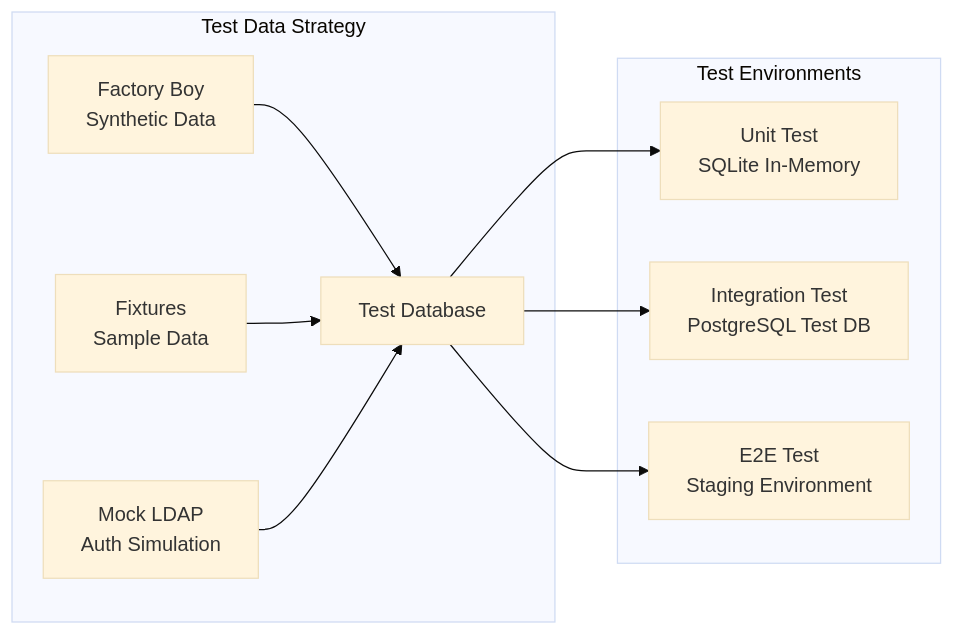
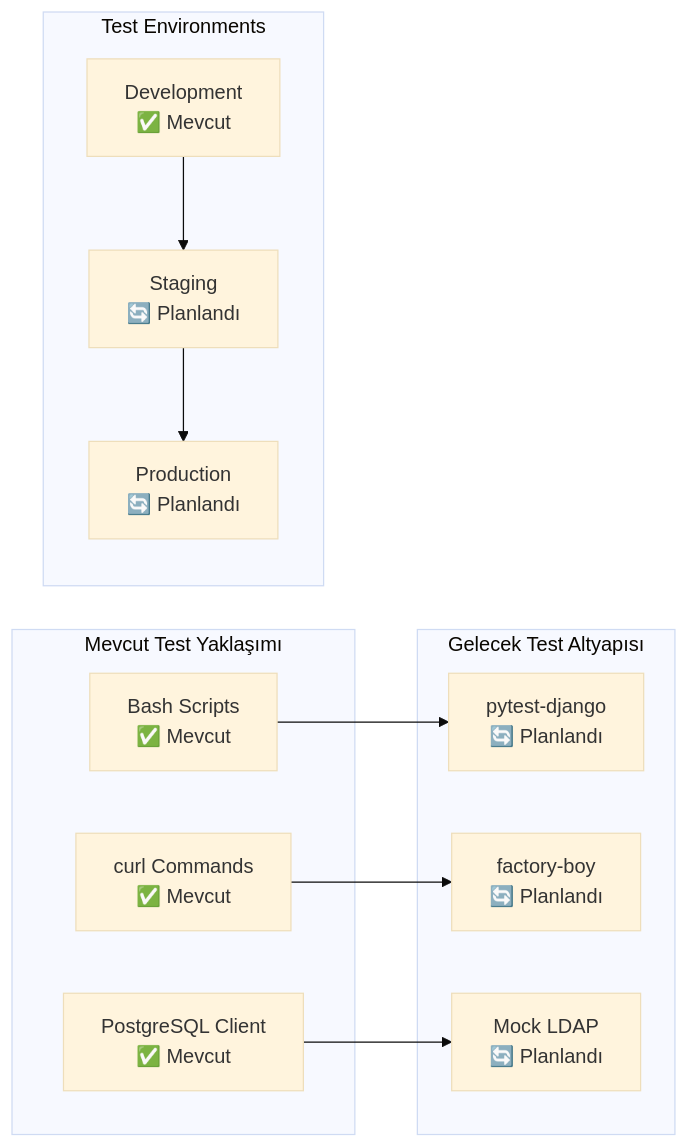
One commit to erdincyasar/vivavoice changed diagram 12 of 16 in README.md. Above: the diagram before and after it, drawn with Mermaid (base theme). The commit also changed other lines of this file, not shown here.

````diff
--- a/README.md
+++ b/README.md
@@ -941,18 +1046,26 @@
 ```mermaid
 flowchart LR
-    subgraph "Test Data Strategy"
-        A[Factory Boy<br/>Synthetic Data] --> B[Test Database]
-        C[Fixtures<br/>Sample Data] --> B
-        D[Mock LDAP<br/>Auth Simulation] --> B
+    subgraph "Mevcut Test Yaklaşımı"
+        A[Bash Scripts<br/>✅ Mevcut]
+        B[curl Commands<br/>✅ Mevcut]
+        C[PostgreSQL Client<br/>✅ Mevcut]
     end
-    
+
+    subgraph "Gelecek Test Altyapısı"
+        D[pytest-django<br/>🔄 Planlandı]
+        E[factory-boy<br/>🔄 Planlandı]
+        F[Mock LDAP<br/>🔄 Planlandı]
+    end
+
     subgraph "Test Environments"
-        E[Unit Test<br/>SQLite In-Memory]
-        F[Integration Test<br/>PostgreSQL Test DB]
-        G[E2E Test<br/>Staging Environment]
+        G[Development<br/>✅ Mevcut]
+        H[Staging<br/>🔄 Planlandı]
+        I[Production<br/>🔄 Planlandı]
     end
-    
+
+    A --> D
     B --> E
-    B --> F
-    B --> G
+    C --> F
+    G --> H
+    H --> I
 ```
````
